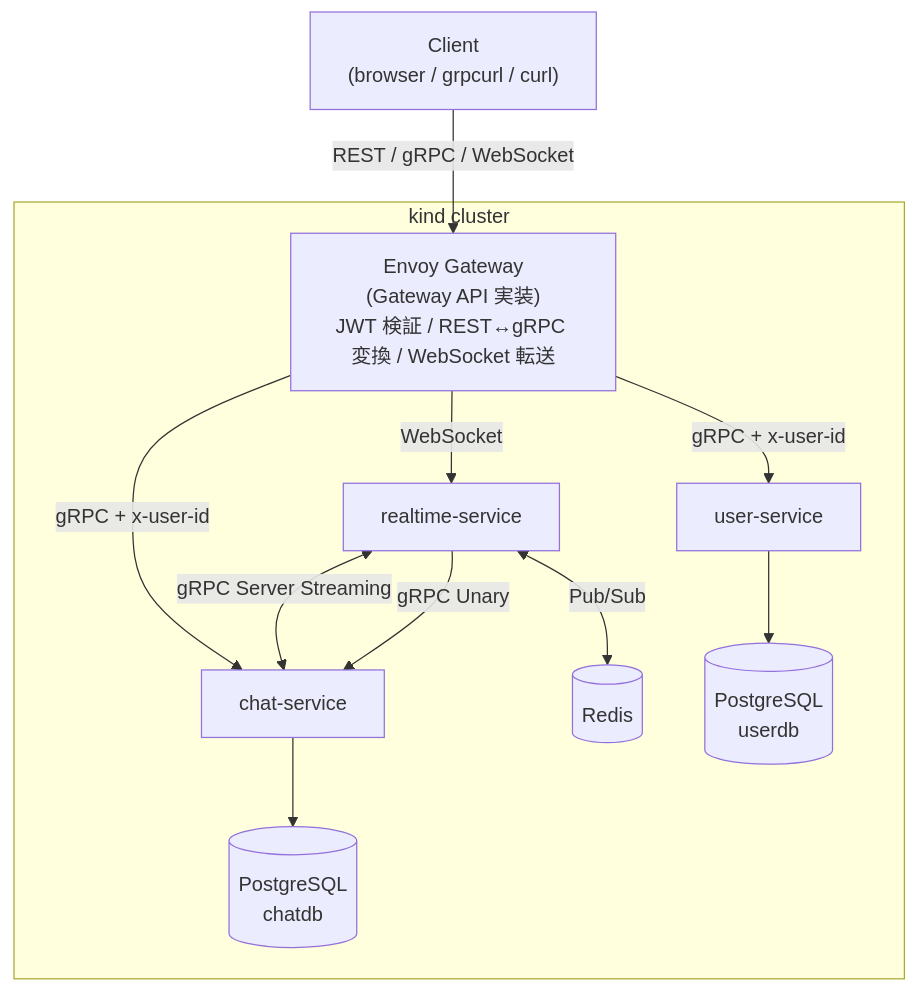
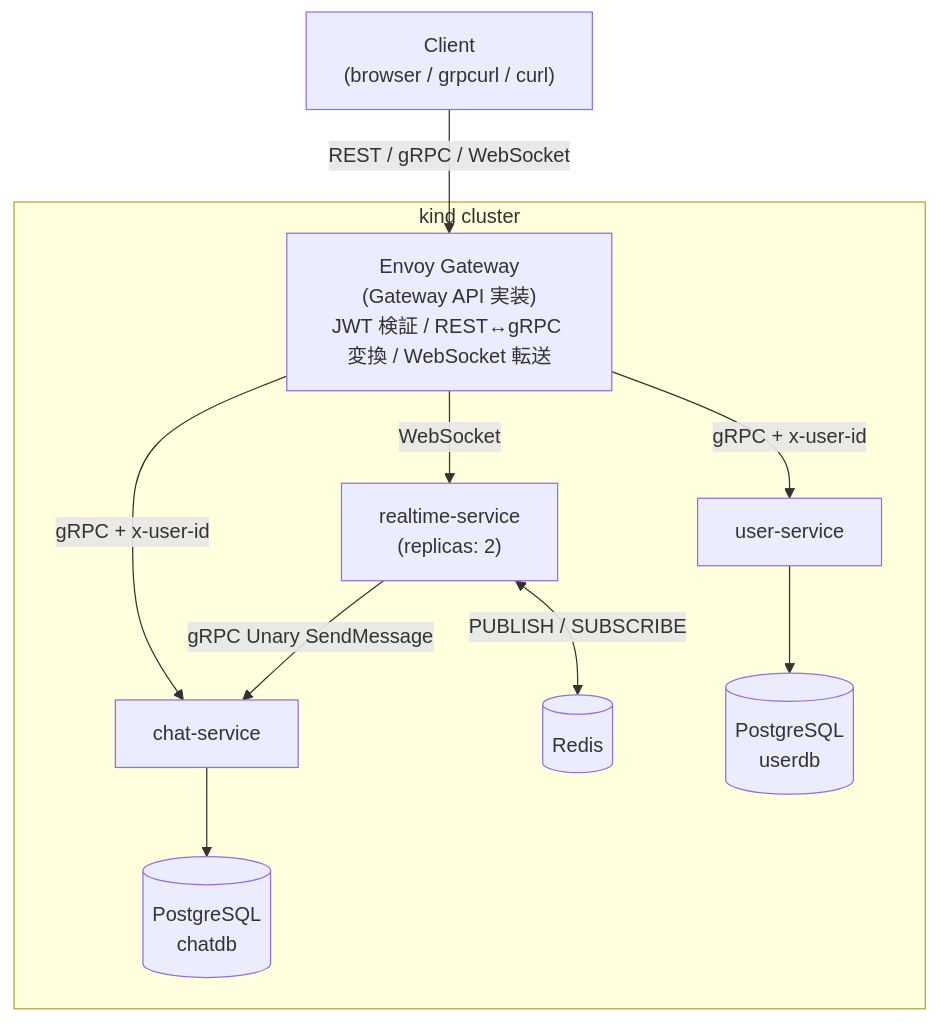
The diagram in README.md (shunto-ishiguro/go-microservices-chat), drawn with Mermaid before and after one commit. The commit also changed other lines of this file, not shown here.

````diff
--- a/README.md
+++ b/README.md
@@ -43,19 +42,18 @@
 ```mermaid
 graph TD
     Client["Client<br/>(browser / grpcurl / curl)"] -->|REST / gRPC / WebSocket| EG
 
     subgraph "kind cluster"
       EG["Envoy Gateway<br/>(Gateway API 実装)<br/>JWT 検証 / REST↔gRPC 変換 / WebSocket 転送"]
 
       EG -->|gRPC + x-user-id| US["user-service"]
       EG -->|gRPC + x-user-id| CS["chat-service"]
-      EG -->|WebSocket| RS["realtime-service"]
+      EG -->|WebSocket| RS["realtime-service<br/>(replicas: 2)"]
 
-      RS <-->|gRPC Server Streaming| CS
-      RS -->|gRPC Unary| CS
-      RS <-->|Pub/Sub| Redis[("Redis")]
+      RS -->|gRPC Unary SendMessage| CS
+      RS <-->|PUBLISH / SUBSCRIBE| Redis[("Redis")]
 
       US --> PG1[("PostgreSQL<br/>userdb")]
       CS --> PG2[("PostgreSQL<br/>chatdb")]
     end
 ```
````
